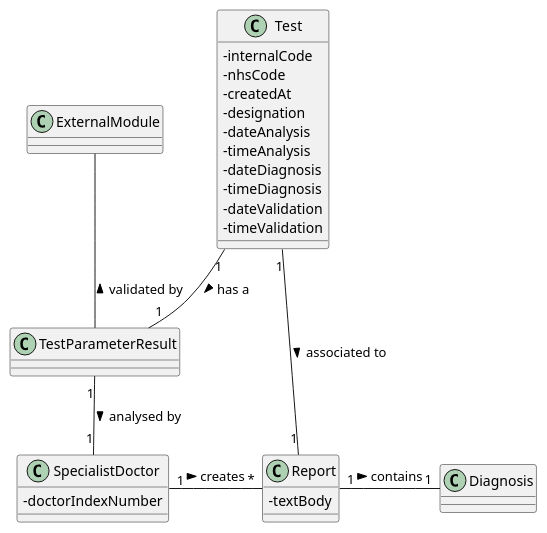
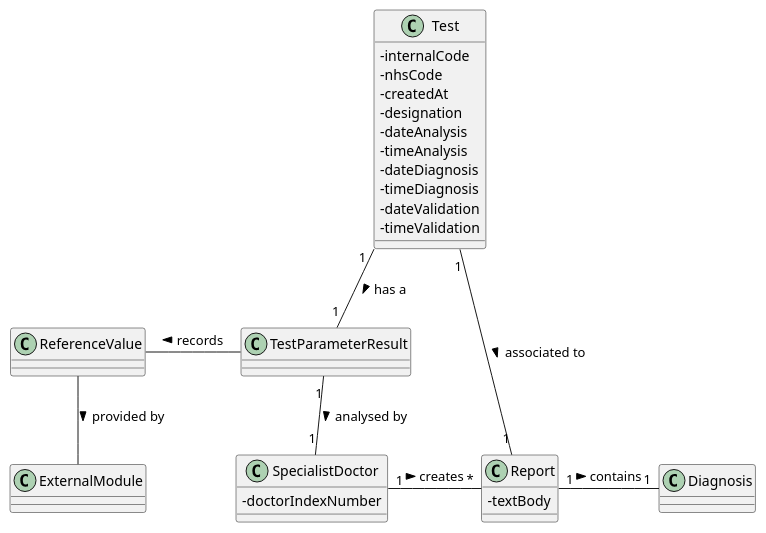
Before and after one commit to MadDinosaur/ISEP-LAPR2: the diagram in docs/SprintC/US14/US14_DM.puml, drawn with PlantUML. The commit also changed 12 other files, not shown here.

```diff
--- a/docs/SprintC/US14/US14_DM.puml
+++ b/docs/SprintC/US14/US14_DM.puml
@@ -1,35 +1,36 @@
 @startuml
 
 skinparam classAttributeIconSize 0
 
 class Test {
 -internalCode
 -nhsCode
 -createdAt
 -designation
 -dateAnalysis
 -timeAnalysis
 -dateDiagnosis
 -timeDiagnosis
 -dateValidation
 -timeValidation
 }
 
 class SpecialistDoctor {
 -doctorIndexNumber
 }
 
 class Diagnosis
 
 class Report {
 -textBody
 }
 
 Test "1"-down-"1" TestParameterResult: has a >
 Test "1"-"1" Report: associated to >
 Report "1"-"1" Diagnosis: contains >
 TestParameterResult "1"-down-"1" SpecialistDoctor: analysed by >
 SpecialistDoctor "1"-right-"*" Report: creates >
-TestParameterResult -up- ExternalModule: validated by >
+TestParameterResult -left- ReferenceValue: records >
+ReferenceValue -down- ExternalModule: provided by >
 
 @enduml
```
